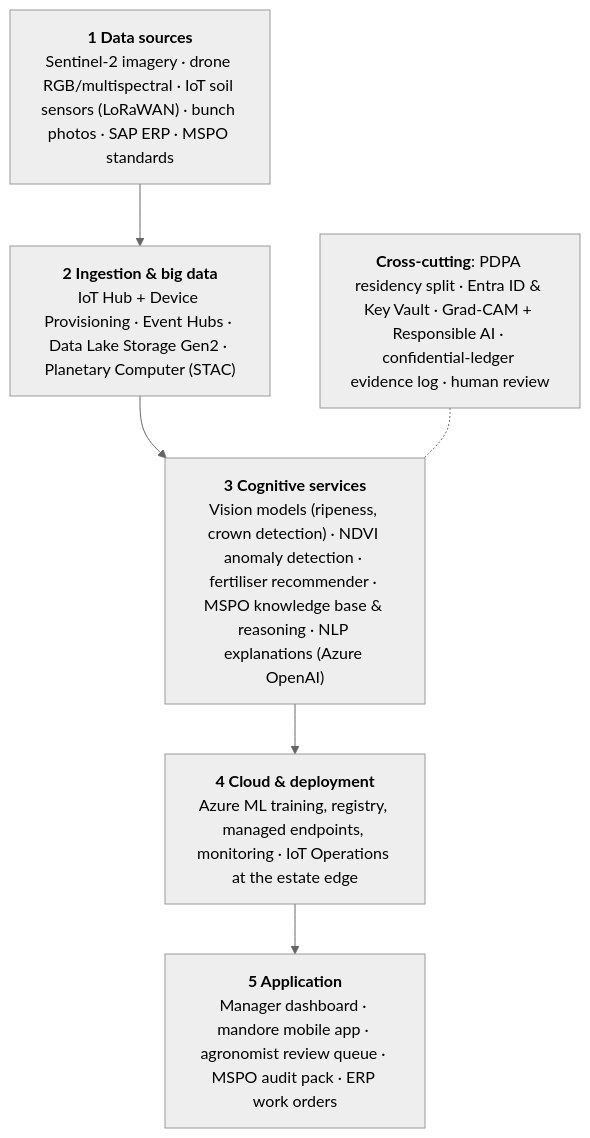
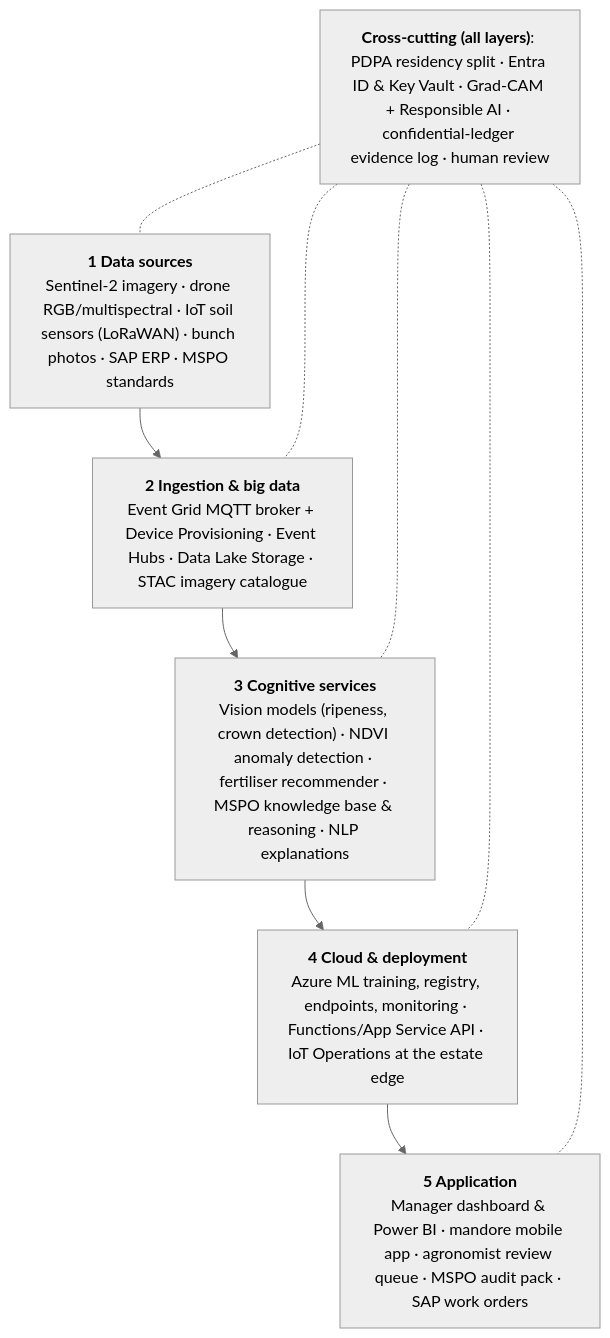
One commit to finn1282/CCA changed the diagram in 05_report/REPORT.md. Above: the diagram before and after it, drawn with Mermaid (neutral theme). The commit also changed other lines of this file, not shown here.

Commit message:
05_report: revision 1 — audit fixes C-01..C-23, D50 platform/residency/MSPO, D51; 32 refs

````diff
--- a/05_report/REPORT.md
+++ b/05_report/REPORT.md
@@ -126,11 +152,11 @@
 ```mermaid
 flowchart TB
   L1["<b>1 Data sources</b><br/>Sentinel-2 imagery · drone RGB/multispectral · IoT soil sensors (LoRaWAN) · bunch photos · SAP ERP · MSPO standards"]
-  L2["<b>2 Ingestion & big data</b><br/>IoT Hub + Device Provisioning · Event Hubs · Data Lake Storage Gen2 · Planetary Computer (STAC)"]
-  L3["<b>3 Cognitive services</b><br/>Vision models (ripeness, crown detection) · NDVI anomaly detection · fertiliser recommender · MSPO knowledge base & reasoning · NLP explanations (Azure OpenAI)"]
-  L4["<b>4 Cloud & deployment</b><br/>Azure ML training, registry, managed endpoints, monitoring · IoT Operations at the estate edge"]
-  L5["<b>5 Application</b><br/>Manager dashboard · mandore mobile app · agronomist review queue · MSPO audit pack · ERP work orders"]
-  X["<b>Cross-cutting</b>: PDPA residency split · Entra ID & Key Vault · Grad-CAM + Responsible AI · confidential-ledger evidence log · human review"]
+  L2["<b>2 Ingestion & big data</b><br/>Event Grid MQTT broker + Device Provisioning · Event Hubs · Data Lake Storage · STAC imagery catalogue"]
+  L3["<b>3 Cognitive services</b><br/>Vision models (ripeness, crown detection) · NDVI anomaly detection · fertiliser recommender · MSPO knowledge base & reasoning · NLP explanations"]
+  L4["<b>4 Cloud & deployment</b><br/>Azure ML training, registry, endpoints, monitoring · Functions/App Service API · IoT Operations at the estate edge"]
+  L5["<b>5 Application</b><br/>Manager dashboard & Power BI · mandore mobile app · agronomist review queue · MSPO audit pack · SAP work orders"]
   L1 --> L2 --> L3 --> L4 --> L5
-  X -.- L3
+  X["<b>Cross-cutting (all layers)</b>: PDPA residency split · Entra ID & Key Vault · Grad-CAM + Responsible AI · confidential-ledger evidence log · human review"]
+  X -.- L1 & L2 & L3 & L4 & L5
 ```
````
